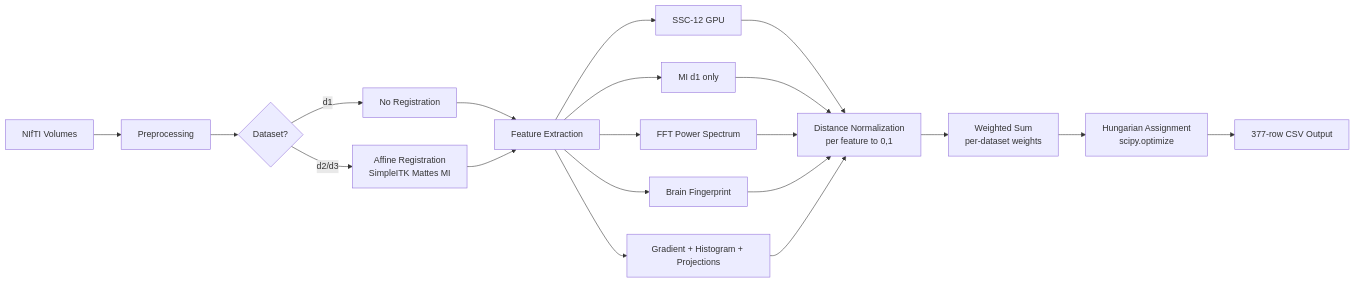
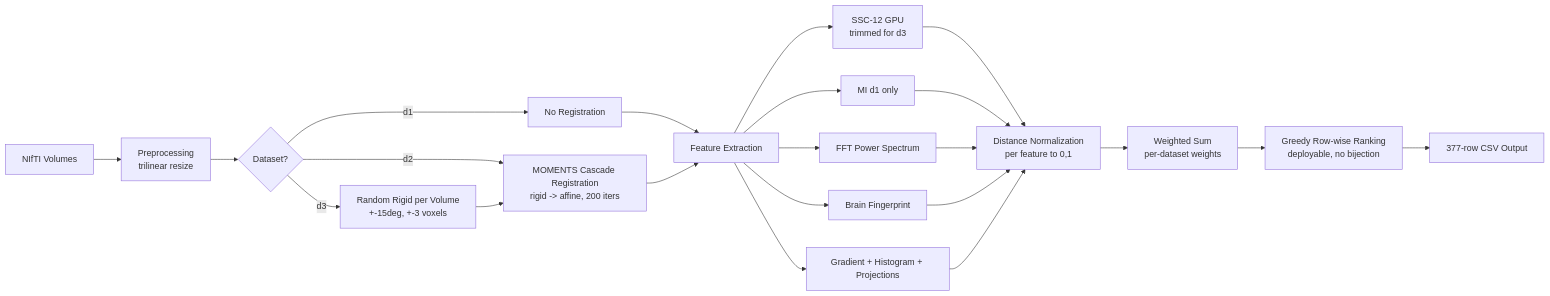
Before and after one commit to Ansh2508/ehl-paris-2026-medical-retrieval-yantra: the first of 7 diagrams in ARCHITECTURE.md, drawn with Mermaid. The commit also changed other lines of this file and 7 other files, not shown here.

First line of the commit message:
feat: v36 honest/deployable (MRR 0.723) — d3 leak fix, MOMENTS cascade, MI post-reg, greedy rank

````diff
--- a/ARCHITECTURE.md
+++ b/ARCHITECTURE.md
@@ -15,22 +38,24 @@
 ```mermaid
 graph LR
-    A[NIfTI Volumes] --> B[Preprocessing]
+    A[NIfTI Volumes] --> B[Preprocessing<br/>trilinear resize]
     B --> C{Dataset?}
     C -->|d1| D[No Registration]
-    C -->|d2/d3| E[Affine Registration<br/>SimpleITK Mattes MI]
+    C -->|d2| E[MOMENTS Cascade Registration<br/>rigid -> affine, 200 iters]
+    C -->|d3| R3[Random Rigid per Volume<br/>+-15deg, +-3 voxels]
+    R3 --> E
     D --> F[Feature Extraction]
     E --> F
-    F --> G[SSC-12 GPU]
+    F --> G[SSC-12 GPU<br/>trimmed for d3]
     F --> H[MI d1 only]
     F --> I[FFT Power Spectrum]
     F --> J[Brain Fingerprint]
     F --> K[Gradient + Histogram + Projections]
     G --> L[Distance Normalization<br/>per feature to 0,1]
     H --> L
     I --> L
     J --> L
     K --> L
     L --> M[Weighted Sum<br/>per-dataset weights]
-    M --> N[Hungarian Assignment<br/>scipy.optimize]
+    M --> N[Greedy Row-wise Ranking<br/>deployable, no bijection]
     N --> O[377-row CSV Output]
 ```
````
